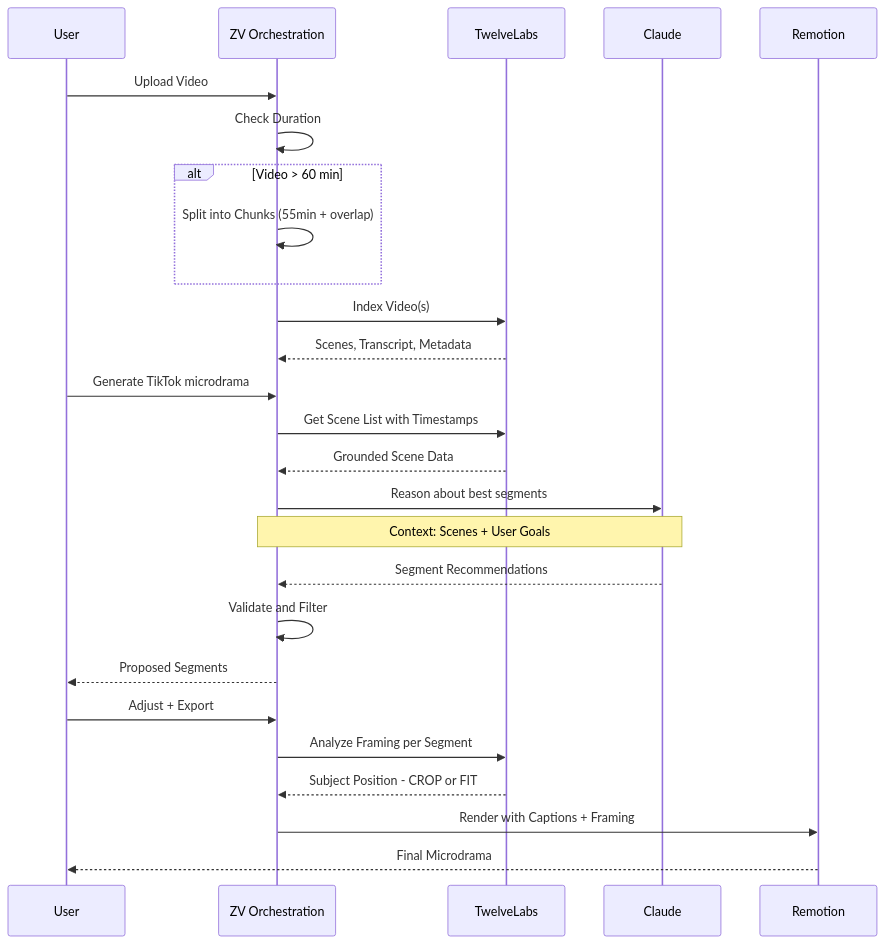
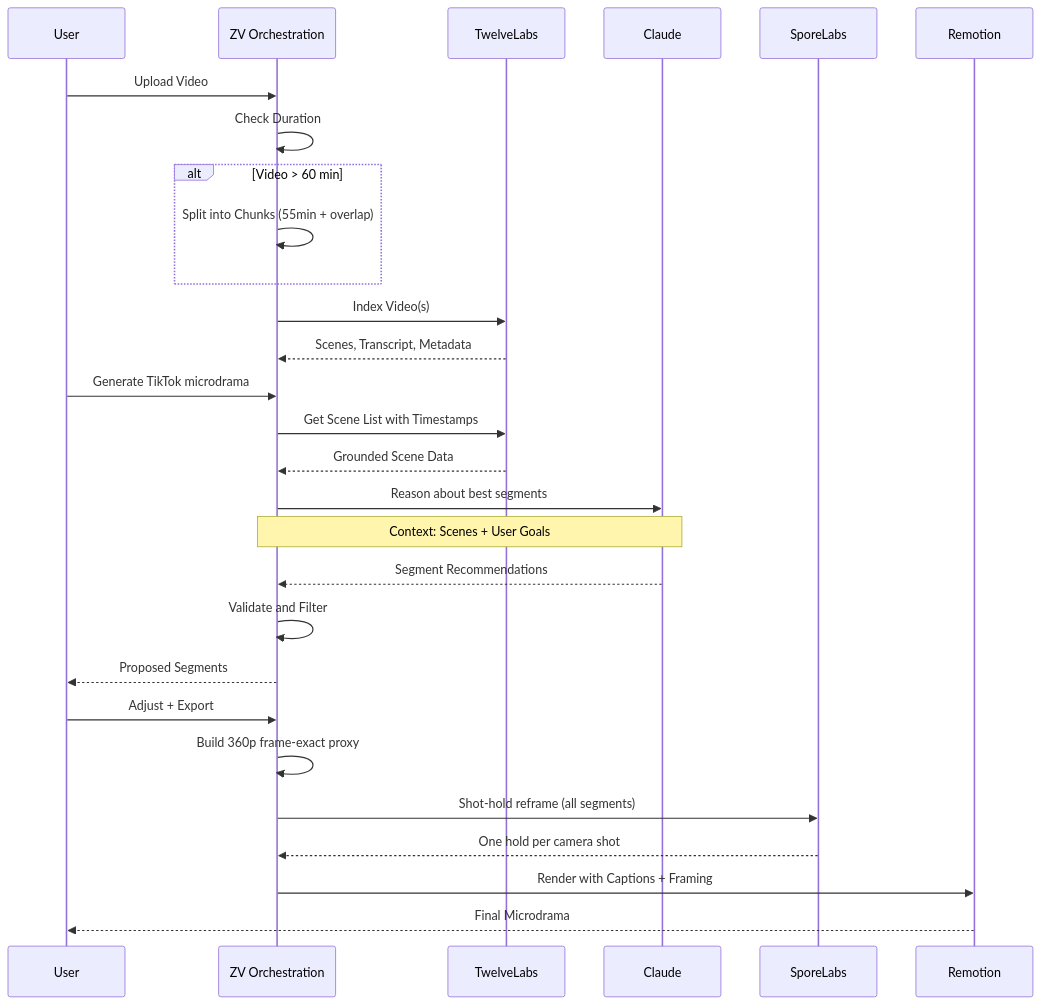
Before and after one commit to thebsideoflife/qlio: the third of 10 diagrams in ARCHITECTURE_REPORT.md, drawn with Mermaid. The commit also changed other lines of this file and 13 other files, not shown here.

First line of the commit message:
Frame segments with SporeLabs shot-hold holds instead of Gemini TIME|ZOOM

````diff
--- a/ARCHITECTURE_REPORT.md
+++ b/ARCHITECTURE_REPORT.md
@@ -140,36 +140,38 @@
 ```mermaid
 sequenceDiagram
     participant User
     participant ZV as ZV Orchestration
     participant 12L as TwelveLabs
     participant LLM as Claude
+    participant SL as SporeLabs
     participant Render as Remotion
 
     User->>ZV: Upload Video
     ZV->>ZV: Check Duration
 
     alt Video > 60 min
         ZV->>ZV: Split into Chunks (55min + overlap)
     end
 
     ZV->>12L: Index Video(s)
     12L-->>ZV: Scenes, Transcript, Metadata
 
     User->>ZV: Generate TikTok microdrama
     ZV->>12L: Get Scene List with Timestamps
     12L-->>ZV: Grounded Scene Data
 
     ZV->>LLM: Reason about best segments
     Note over ZV,LLM: Context: Scenes + User Goals
     LLM-->>ZV: Segment Recommendations
 
     ZV->>ZV: Validate and Filter
     ZV-->>User: Proposed Segments
 
     User->>ZV: Adjust + Export
-    ZV->>12L: Analyze Framing per Segment
-    12L-->>ZV: Subject Position - CROP or FIT
+    ZV->>ZV: Build 360p frame-exact proxy
+    ZV->>SL: Shot-hold reframe (all segments)
+    SL-->>ZV: One hold per camera shot
 
     ZV->>Render: Render with Captions + Framing
     Render-->>User: Final Microdrama
 ```
````
